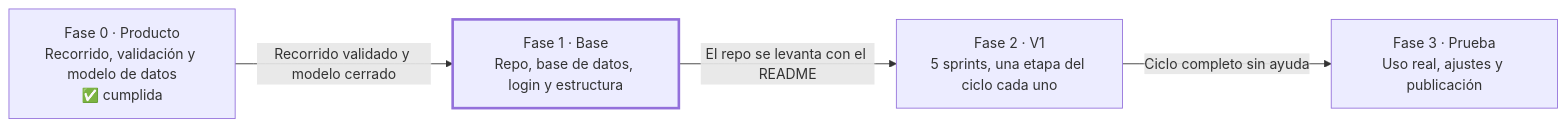
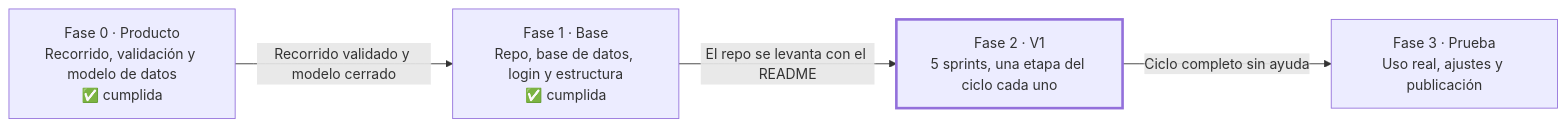
One commit to jpao88/IAmigo-Final-Round changed the diagram in docs/hoja-de-ruta.md. Above: the diagram before and after it, drawn with Mermaid. The commit also changed other lines of this file and 1 other file, not shown here.

Commit message:
Cierra la Fase 1: punto de control cumplido
Una compañera del equipo levantó el proyecto solo con el README,
se registró e inició sesión sin problemas.

````diff
--- a/docs/hoja-de-ruta.md
+++ b/docs/hoja-de-ruta.md
@@ -9,7 +9,7 @@
 ```mermaid
 flowchart LR
-    F0["Fase 0 · Producto<br/>Recorrido, validación y modelo de datos<br/>✅ cumplida"] -->|"Recorrido validado y modelo cerrado"| F1["Fase 1 · Base<br/>Repo, base de datos, login y estructura"]
+    F0["Fase 0 · Producto<br/>Recorrido, validación y modelo de datos<br/>✅ cumplida"] -->|"Recorrido validado y modelo cerrado"| F1["Fase 1 · Base<br/>Repo, base de datos, login y estructura<br/>✅ cumplida"]
     F1 -->|"El repo se levanta con el README"| F2["Fase 2 · V1<br/>5 sprints, una etapa del ciclo cada uno"]
     F2 -->|"Ciclo completo sin ayuda"| F3["Fase 3 · Prueba<br/>Uso real, ajustes y publicación"]
-    style F1 stroke-width:3px
+    style F2 stroke-width:3px
 ```
````
